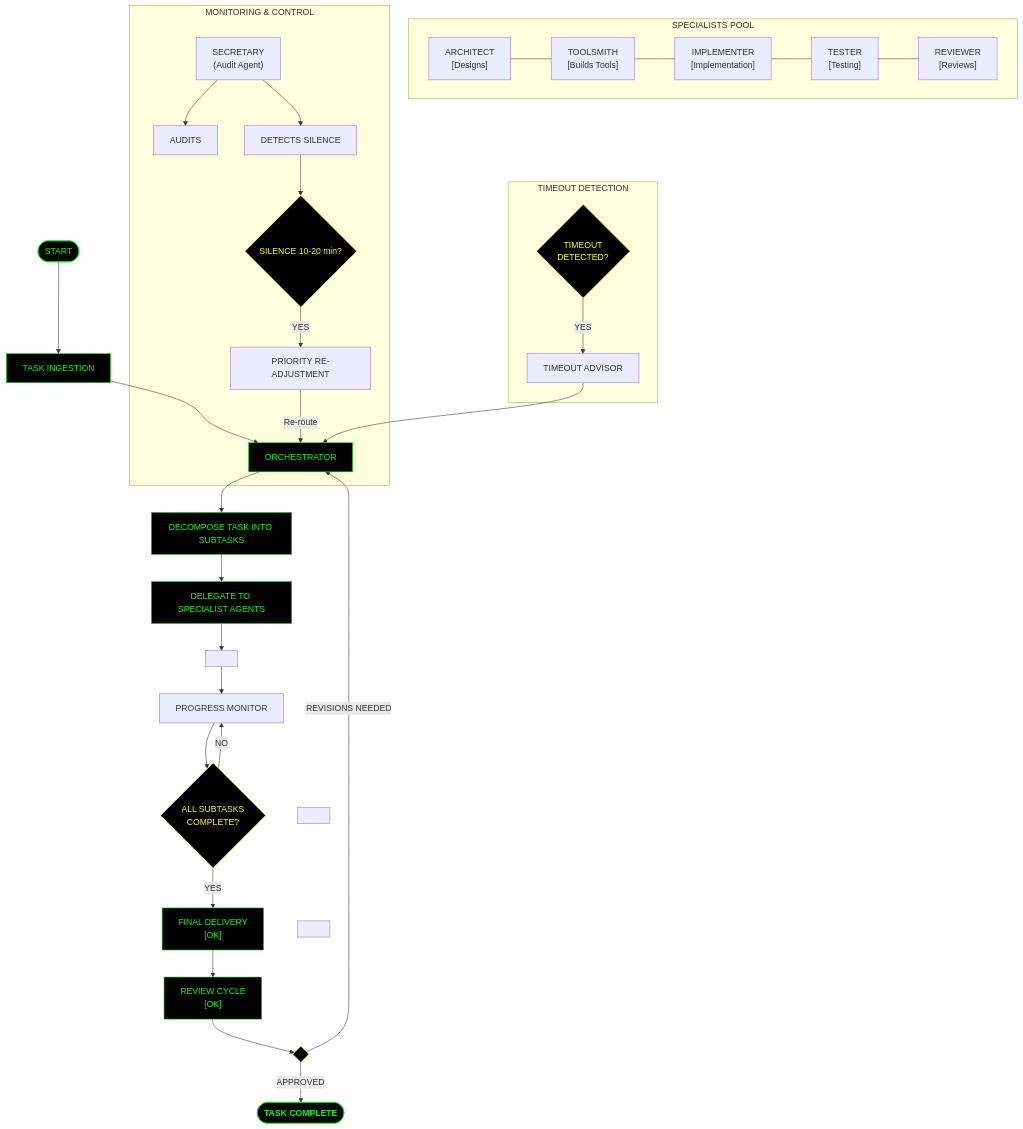
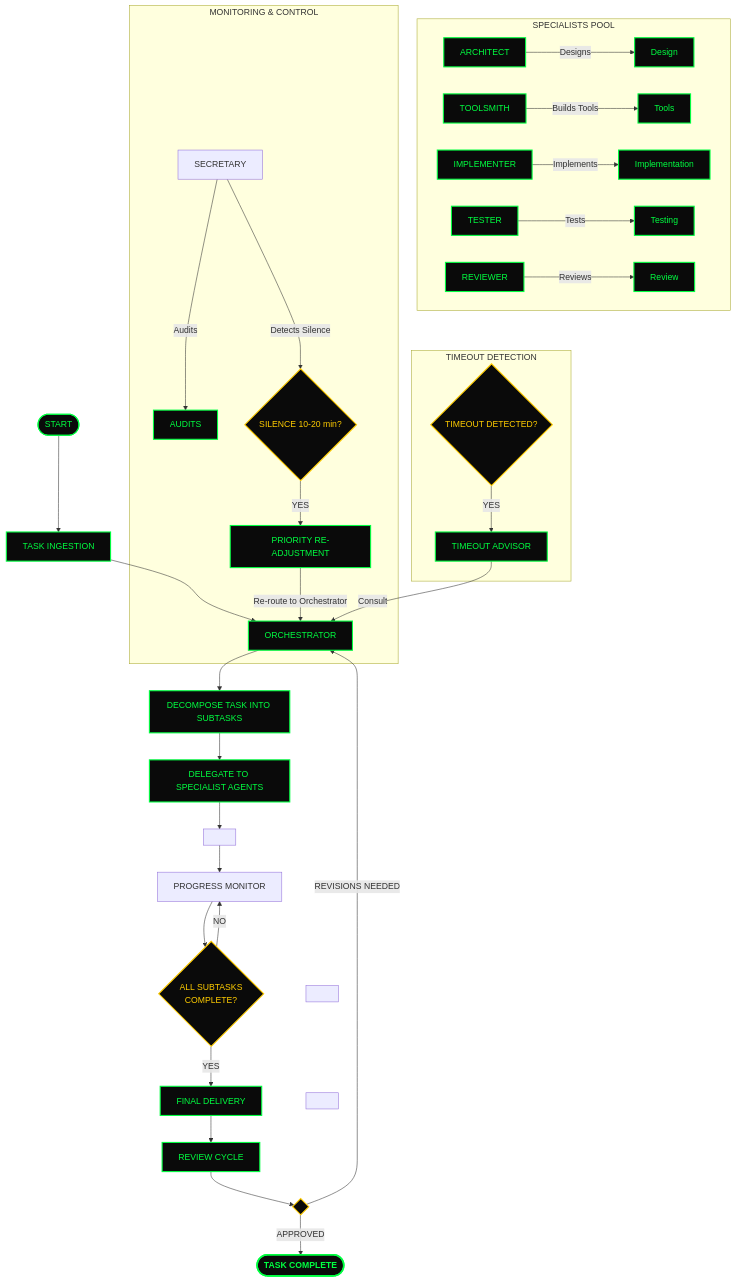
Before and after one commit to cbman0/openClaw_Environment: the diagram in orchestra_flow.mmd, drawn with Mermaid.

Commit message:
Update orchestra_flow.mmd
updated

```diff
--- a/orchestra_flow.mmd
+++ b/orchestra_flow.mmd
@@ -1,55 +1,75 @@
 flowchart TD
-    %% Main spine
-    Start([START]) --> Ingestion[TASK INGESTION]
-    Ingestion --> Orchestrator[ORCHESTRATOR]
-    Orchestrator --> Decompose[DECOMPOSE TASK INTO SUBTASKS]
-    Decompose --> Delegate[DELEGATE TO SPECIALIST AGENTS]
+    %% ==================== MAIN SPINE ====================
+    Start([START]) 
+        --> Ingestion[TASK INGESTION]
+        --> Orc[ORCHESTRATOR]
+        --> Decomp[DECOMPOSE TASK INTO SUBTASKS]
+        --> Assign[DELEGATE TO SPECIALIST AGENTS]
 
-    %% Specialists pool ────────────────────────────────────────
+    %% ==================== SPECIALISTS POOL (explicit output nodes) ====================
     subgraph "SPECIALISTS POOL"
         direction LR
-        A["ARCHITECT<br>[Designs]"] --- T["TOOLSMITH<br>[Builds Tools]"]
-        T --- I["IMPLEMENTER<br>[Implementation]"]
-        I --- Test["TESTER<br>[Testing]"]
-        Test --- R["REVIEWER<br>[Reviews]"]
+        Architect[ARCHITECT] -->|Designs| Design[Design]
+        Toolsmith[TOOLSMITH] -->|Builds Tools| Tools[Tools]
+        Implementer[IMPLEMENTER] -->|Implements| Implementation[Implementation]
+        Tester[TESTER] -->|Tests| Testing[Testing]
+        Reviewer[REVIEWER] -->|Reviews| Review[Review]
     end
 
-    Delegate --> SpecialistsPool[" "]
+    Assign --> SpecialistsPool[" "]
     SpecialistsPool --> Monitor[PROGRESS MONITOR]
 
-    %% Monitoring & Control area ───────────────────────────────
+    %% ==================== MONITORING & CONTROL ====================
     subgraph "MONITORING & CONTROL"
-        Secretary["SECRETARY<br>(Audit Agent)"] --> Audits[AUDITS]
-        Secretary --> SilenceDetect[DETECTS SILENCE]
-        SilenceDetect --> SilenceQ{"SILENCE 10-20 min?"}
-        SilenceQ -->|YES| Prio[PRIORITY RE-ADJUSTMENT]
-        Prio -->|Re-route| Orchestrator
+        Sec[SECRETARY] 
+            -->|Audits| Audit[AUDITS]
+        Sec 
+            -->|Detects Silence| SilenceQ{SILENCE 10-20 min?}
+        
+        SilenceQ 
+            -->|YES| Prio[PRIORITY RE-ADJUSTMENT]
+        Prio 
+            -->|Re-route to Orchestrator| Orc
     end
 
-    Monitor --> CompleteQ{"ALL SUBTASKS<br>COMPLETE?"}
+    %% ==================== MAIN MONITORING LOOP ====================
+    Monitor 
+        --> Check{ALL SUBTASKS<br>COMPLETE?}
 
-    CompleteQ -->|NO| Monitor
-    CompleteQ -->|YES| Delivery["FINAL DELIVERY<br>[OK]"]
+    Check 
+        -->|NO| Monitor
+    Check 
+        -->|YES| Delivery[FINAL DELIVERY]
 
-    Delivery --> Review["REVIEW CYCLE<br>[OK]"]
+    Delivery 
+        --> ReviewC[REVIEW CYCLE]
 
-    Review --> Approved{" "}
-    Approved -->|APPROVED| Complete([TASK COMPLETE])
-    Approved -->|REVISIONS NEEDED| Orchestrator
+    %% Review Cycle branches (full feedback loop)
+    ReviewC 
+        --> Approved{ }
+    Approved 
+        -->|APPROVED| Complete([TASK COMPLETE])
+    Approved 
+        -->|REVISIONS NEEDED| Orc
 
-    %% Timeout subsystem (placed at bottom like in retro version)
+    %% ==================== TIMEOUT DETECTION (bottom subsystem) ====================
     subgraph "TIMEOUT DETECTION"
-        TimeoutQ{"TIMEOUT<br>DETECTED?"} -->|YES| Advisor[TIMEOUT ADVISOR]
-        Advisor --> Orchestrator
+        TimeoutQ{TIMEOUT DETECTED?} 
+            -->|YES| Advisor[TIMEOUT ADVISOR]
+        Advisor 
+            -->|Consult| Orc
     end
 
-    %% Layout helpers
+    %% ==================== LAYOUT HELPERS (keeps Monitoring on right + Timeout at bottom) ====================
     Monitor ~~~ MonitoringGroup[" "]
     MonitoringGroup ~~~ TimeoutGroup[" "]
 
-    classDef process fill:#000,color:#0f0,stroke:#0f0
-    classDef decision fill:#000,color:#ff0,stroke:#ff0
-    classDef complete fill:#000,color:#0f0,stroke:#0f0,font-weight:bold
-    class Start,Ingestion,Orchestrator,Decompose,Delegate,Delivery,Review,Complete process
-    class CompleteQ,SilenceQ,TimeoutQ,Approved decision
+    %% ==================== STYLING ====================
+    classDef process fill:#0a0a0a,stroke:#00ff41,color:#00ff41,stroke-width:2px
+    classDef decision fill:#0a0a0a,stroke:#ffcc00,color:#ffcc00,stroke-width:2px
+    classDef complete fill:#0a0a0a,stroke:#00ff41,color:#00ff41,stroke-width:3px,font-weight:bold
+    classDef subgraphTitle fill:#1a1a1a,color:#00ff41,stroke:#00ff41
+
+    class Start,Ingestion,Orc,Decomp,Assign,Delivery,ReviewC,Architect,Toolsmith,Implementer,Tester,Reviewer,Design,Tools,Implementation,Testing,Review,Audit,Prio,Advisor,Complete process
+    class Check,SilenceQ,TimeoutQ,Approved decision
     class Complete complete
```
